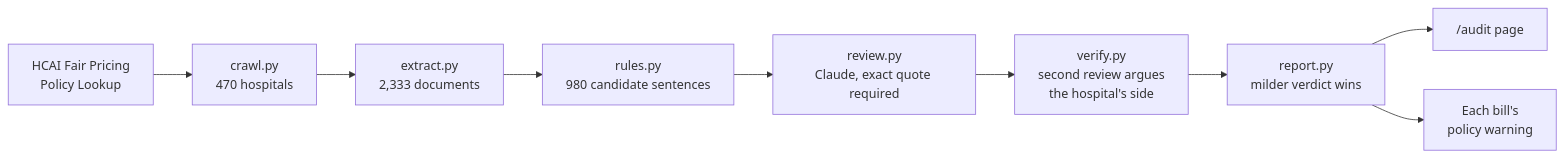
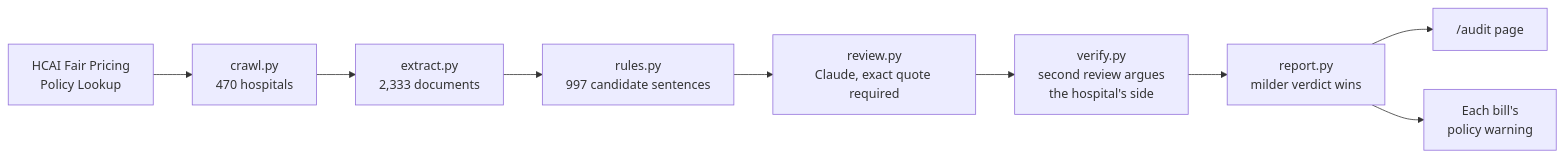
Before and after one commit to VolodymyrLinuxovich/recount: the third of 3 diagrams in README.md, drawn with Mermaid. The commit also changed other lines of this file, not shown here.

````diff
--- a/README.md
+++ b/README.md
@@ -146,11 +146,11 @@
 ```mermaid
 flowchart LR
     H[HCAI Fair Pricing<br/>Policy Lookup] --> CR[crawl.py<br/>470 hospitals]
     CR --> EX[extract.py<br/>2,333 documents]
-    EX --> RX[rules.py<br/>980 candidate sentences]
+    EX --> RX[rules.py<br/>997 candidate sentences]
     RX --> R1[review.py<br/>Claude, exact quote required]
     R1 --> R2[verify.py<br/>second review argues<br/>the hospital's side]
     R2 --> RP[report.py<br/>milder verdict wins]
     RP --> MAP["/audit page"]
     RP --> CASE[Each bill's<br/>policy warning]
 ```
````
